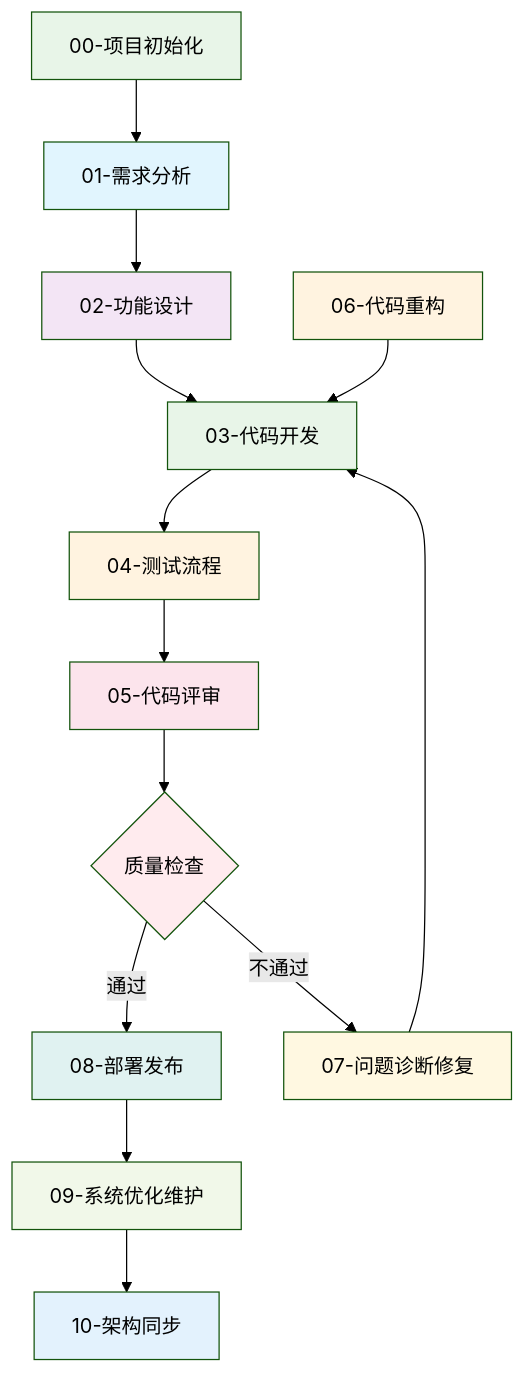
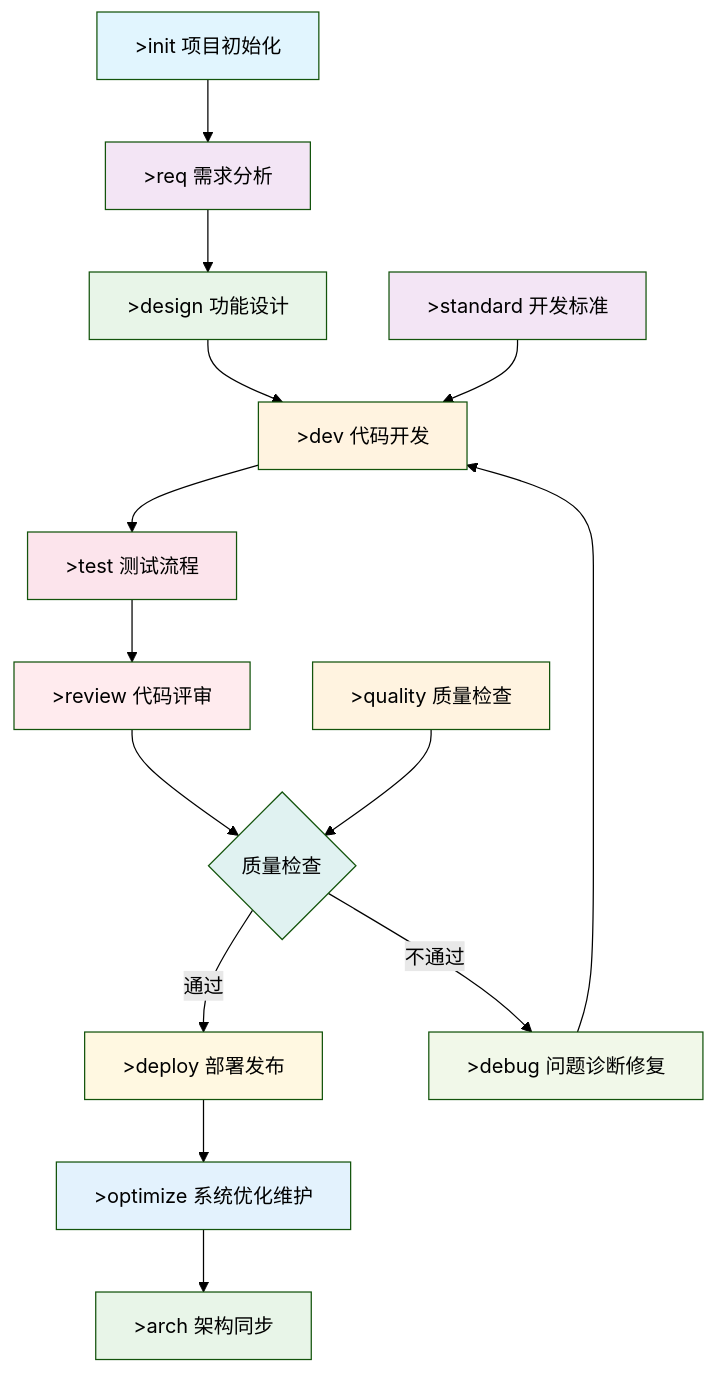
Before and after one commit to EvilJoker/prompt: the second of 2 diagrams in README.md, drawn with Mermaid (forest theme). The commit also changed other lines of this file and 2 other files, not shown here.

````diff
--- a/README.md
+++ b/README.md
@@ -136,29 +153,31 @@
 ```mermaid
 graph TD
-    A[01-需求分析] --> B[02-功能设计]
-    B --> C[03-代码开发]
-    C --> D[04-测试流程]
-    D --> E[05-代码评审]
-    E --> F{质量检查}
-    F -->|通过| G[08-部署发布]
-    F -->|不通过| H[07-问题诊断修复]
-    H --> C
-    G --> I[09-系统优化维护]
-    I --> J[10-架构同步]
+    A[>init 项目初始化] --> B[>req 需求分析]
+    B --> C[>design 功能设计]
+    C --> D[>dev 代码开发]
+    D --> E[>test 测试流程]
+    E --> F[>review 代码评审]
+    F --> G{质量检查}
+    G -->|通过| H[>deploy 部署发布]
+    G -->|不通过| I[>debug 问题诊断修复]
+    I --> D
+    H --> J[>optimize 系统优化维护]
+    J --> K[>arch 架构同步]
     
-    K[00-项目初始化] --> A
-    L[06-代码重构] --> C
+    L[>quality 质量检查] --> G
+    M[>standard 开发标准] --> D
     
     style A fill:#e1f5fe
     style B fill:#f3e5f5
     style C fill:#e8f5e8
     style D fill:#fff3e0
     style E fill:#fce4ec
     style F fill:#ffebee
     style G fill:#e0f2f1
     style H fill:#fff8e1
     style I fill:#f1f8e9
     style J fill:#e3f2fd
     style K fill:#e8f5e8
     style L fill:#fff3e0
+    style M fill:#f3e5f5
 ```
````
